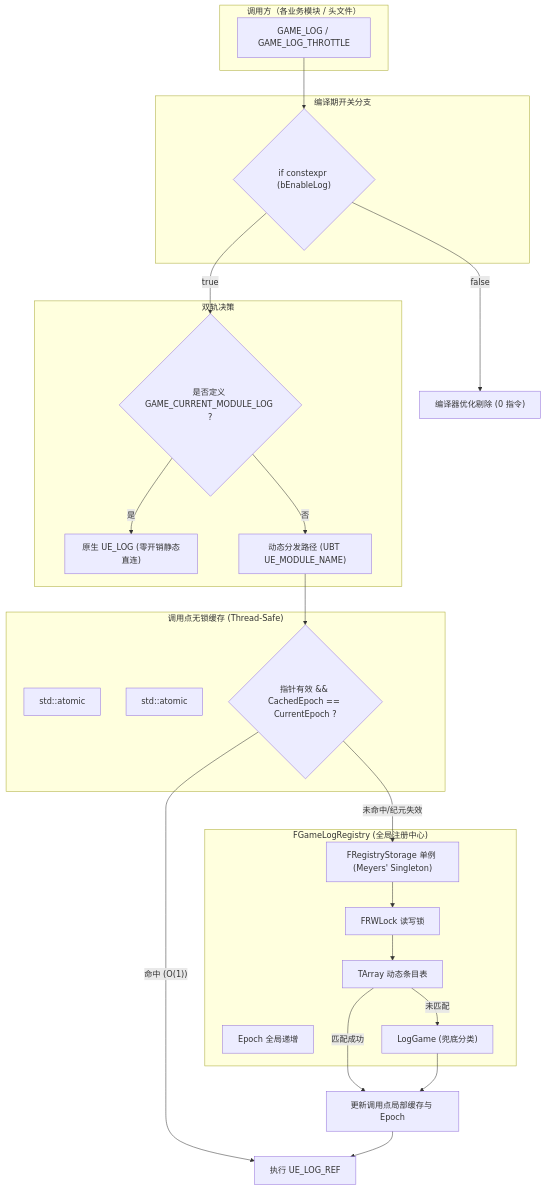
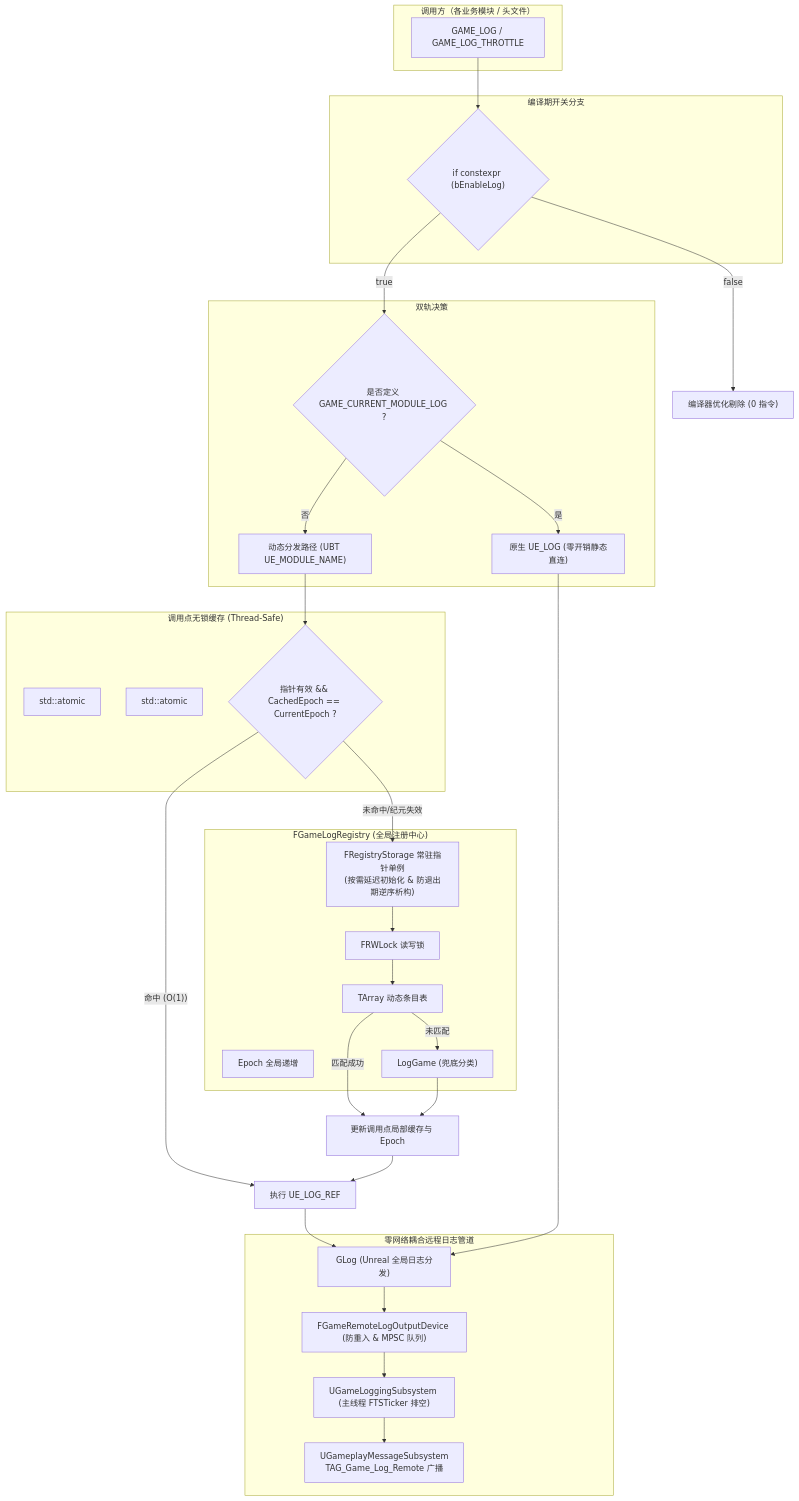
Before and after one commit to YIice-cwj/ue5-toolkit: the diagram in Plugins/GameLogging/Docs/Architecture/Overview.md, drawn with Mermaid. The commit also changed other lines of this file and 236 other files, not shown here.

````diff
--- a/Plugins/GameLogging/Docs/Architecture/Overview.md
+++ b/Plugins/GameLogging/Docs/Architecture/Overview.md
@@ -17,45 +18,57 @@
 ```mermaid
 flowchart TD
     subgraph Caller["调用方（各业务模块 / 头文件）"]
         GL["GAME_LOG / GAME_LOG_THROTTLE"]
     end
 
     subgraph CompileSwitch["编译期开关分支"]
         CS{"if constexpr (bEnableLog)"}
     end
 
     subgraph TrackDecision["双轨决策"]
         CT{"是否定义 GAME_CURRENT_MODULE_LOG ?"}
         Direct["原生 UE_LOG (零开销静态直连)"]
         Dynamic["动态分发路径 (UBT UE_MODULE_NAME)"]
     end
 
     subgraph CacheLayer["调用点无锁缓存 (Thread-Safe)"]
         AtomicPtr["std::atomic<FLogCategoryBase*>"]
         AtomicEpoch["std::atomic<int32>"]
         EpochCheck{"指针有效 && CachedEpoch == CurrentEpoch ?"}
     end
 
     subgraph RegistryLayer["FGameLogRegistry (全局注册中心)"]
-        Singleton["FRegistryStorage 单例 (Meyers' Singleton)"]
+        Singleton["FRegistryStorage 常驻指针单例<br>(按需延迟初始化 & 防退出期逆序析构)"]
         RWLock["FRWLock 读写锁"]
         ModuleEntries["TArray<FModuleLogEntry> 动态条目表"]
         EpochCounter["Epoch 全局递增"]
         Fallback["LogGame (兜底分类)"]
+    end
+
+    subgraph RemotePipeline["零网络耦合远程日志管道"]
+        Output["GLog (Unreal 全局日志分发)"]
+        Device["FGameRemoteLogOutputDevice (防重入 & MPSC 队列)"]
+        Subsystem["UGameLoggingSubsystem (主线程 FTSTicker 排空)"]
+        Bus["UGameplayMessageSubsystem<br>TAG_Game_Log_Remote 广播"]
     end
 
     GL --> CS
     CS -- false --> DeadCode["编译器优化剔除 (0 指令)"]
     CS -- true --> CT
     CT -- 是 --> Direct
     CT -- 否 --> Dynamic
     Dynamic --> EpochCheck
     EpochCheck -- 命中 (O(1)) --> EmitLog["执行 UE_LOG_REF"]
     EpochCheck -- 未命中/纪元失效 --> Singleton
     Singleton --> RWLock
     RWLock --> ModuleEntries
     ModuleEntries -- 匹配成功 --> UpdateCache["更新调用点局部缓存与 Epoch"]
     ModuleEntries -- 未匹配 --> Fallback
     Fallback --> UpdateCache
     UpdateCache --> EmitLog
+    EmitLog --> Output
+    Direct --> Output
+    Output --> Device
+    Device --> Subsystem
+    Subsystem --> Bus
 ```
````
